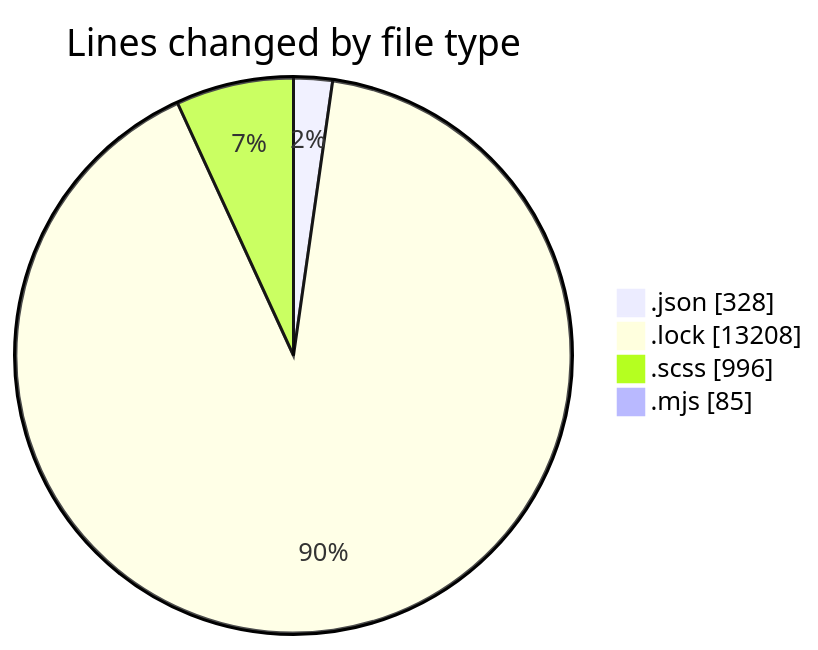
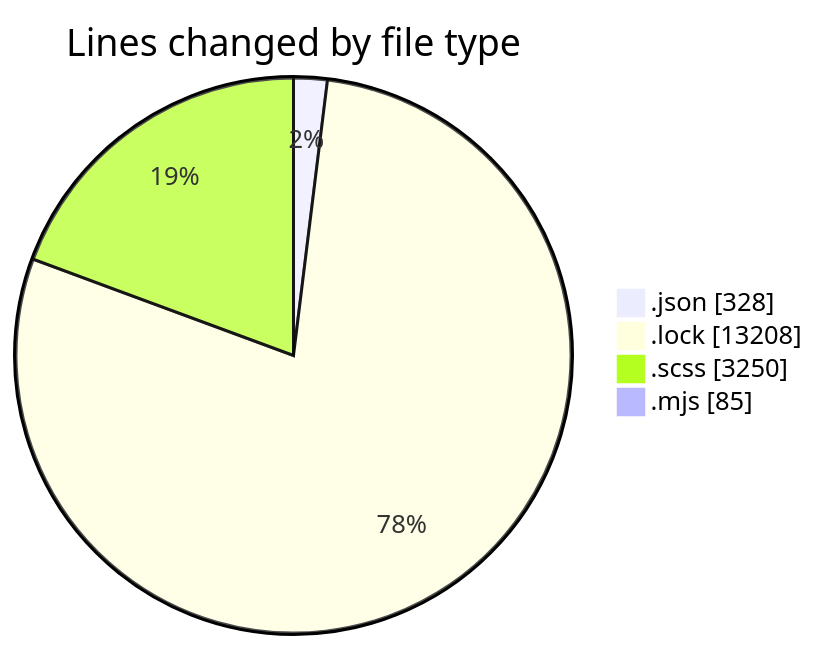
Before and after one commit to momahboobian/code-tracking: the first of 2 diagrams in 2026-01-26/cda/README.md, drawn with Mermaid. The commit also changed other lines of this file and 1 other file, not shown here.

````diff
--- a/2026-01-26/cda/README.md
+++ b/2026-01-26/cda/README.md
@@ -28,8 +29,8 @@
 ```mermaid
 pie showData
 title Lines changed by file type
 ".json" : 328
 ".lock" : 13208
-".scss" : 996
+".scss" : 3250
 ".mjs" : 85
 ```
````
